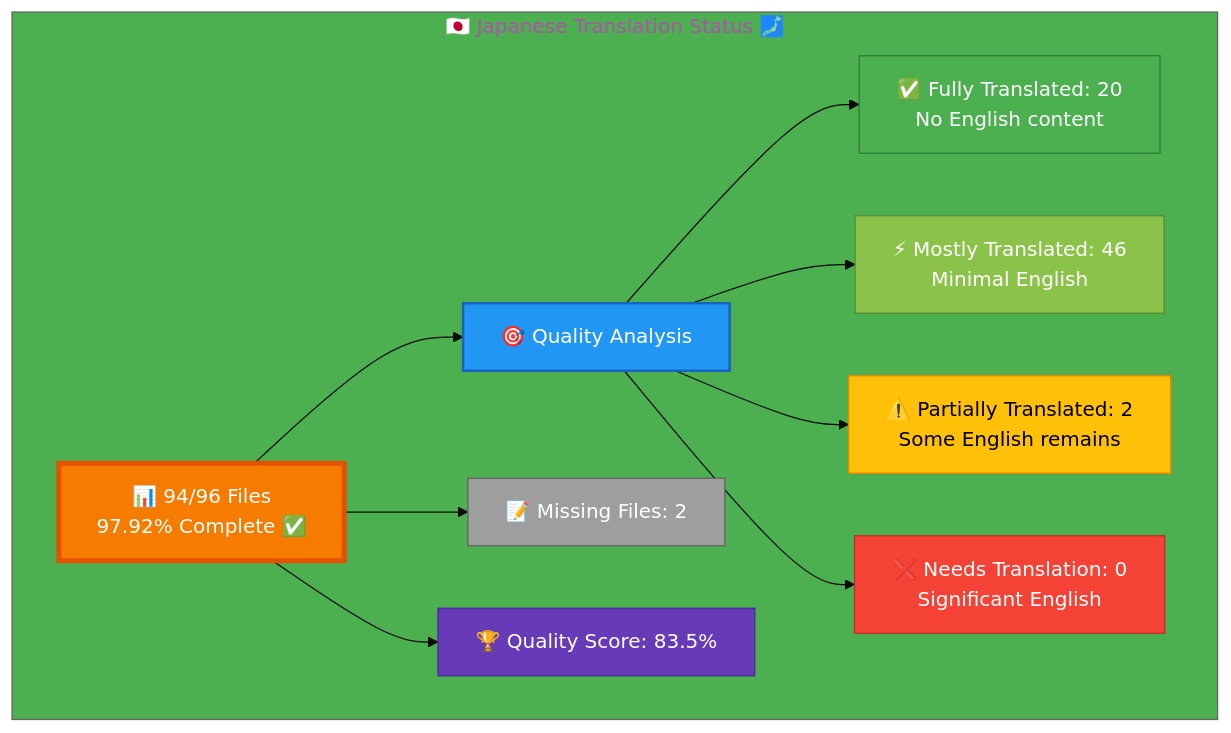
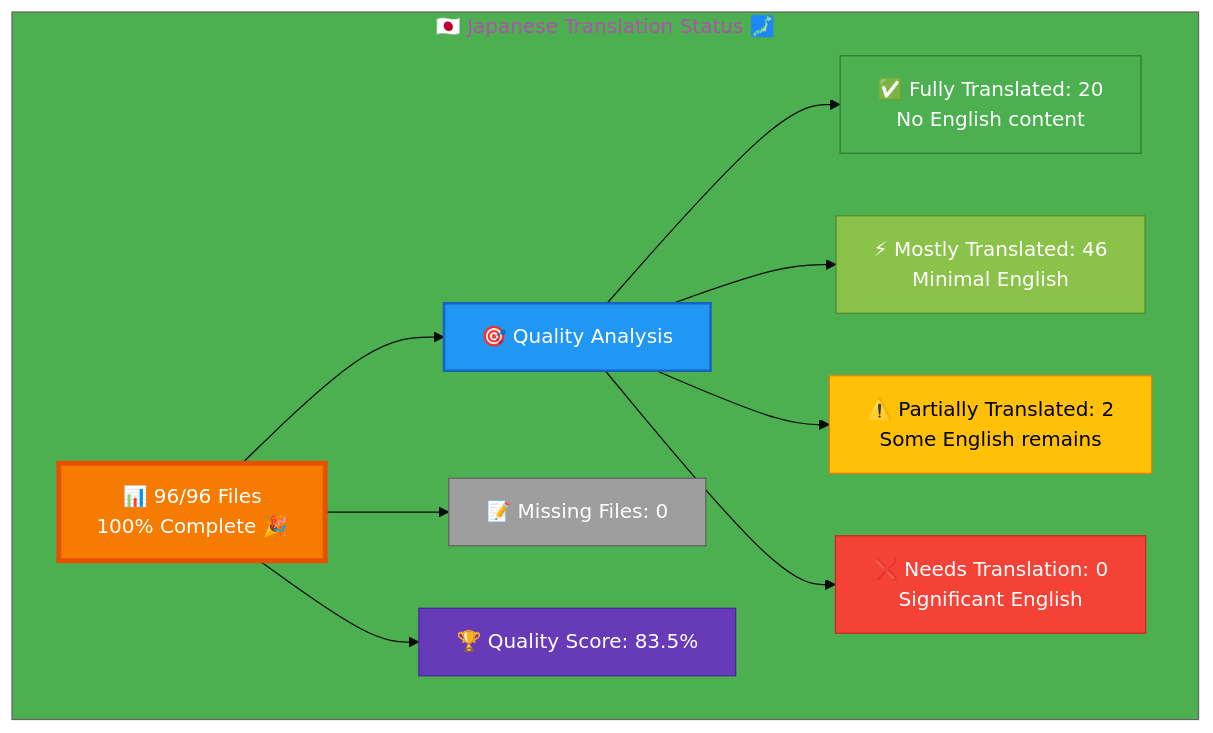
The diagram in Japanese-Translation-Status.md (Hack23/homepage), drawn with Mermaid before and after one commit. The commit also changed other lines of this file and 2 other files, not shown here.

First line of the commit message:
feat: Complete Japanese translation - 100% achievement (96/96 files)

````diff
--- a/Japanese-Translation-Status.md
+++ b/Japanese-Translation-Status.md
@@ -12,26 +12,26 @@
 ```mermaid
 %%{init: {'theme':'base', 'themeVariables': {'primaryColor':'#F57C00','secondaryColor':'#2196F3','tertiaryColor':'#4CAF50','fontSize':'16px'}}}%%
 graph TB
     subgraph "🇯🇵 Japanese Translation Status 🗾"
-        A["📊 94/96 Files<br/>97.92% Complete ✅ "]
+        A["📊 96/96 Files<br/>100% Complete 🎉 "]
         
         A --> B["🎯 Quality Analysis"]
         B --> C["✅ Fully Translated: 20<br/>No English content"]
         B --> D["⚡ Mostly Translated: 46<br/>Minimal English"]
         B --> E["⚠️  Partially Translated: 2<br/>Some English remains"]
         B --> F["❌ Needs Translation: 0<br/>Significant English"]
         
-        A --> G["📝 Missing Files: 2"]
+        A --> G["📝 Missing Files: 0"]
         
         A --> H["🏆 Quality Score: 83.5%"]
         
         style A fill:#F57C00,stroke:#E65100,color:#fff,stroke-width:4px
         style B fill:#2196F3,stroke:#1565C0,color:#fff,stroke-width:2px
         style C fill:#4CAF50,stroke:#2E7D32,color:#fff
         style D fill:#8BC34A,stroke:#558B2F,color:#fff
         style E fill:#FFC107,stroke:#F57C00,color:#000
         style F fill:#F44336,stroke:#C62828,color:#fff
         style G fill:#9E9E9E,stroke:#616161,color:#fff
         style H fill:#673AB7,stroke:#4527A0,color:#fff
     end
 ```
````
